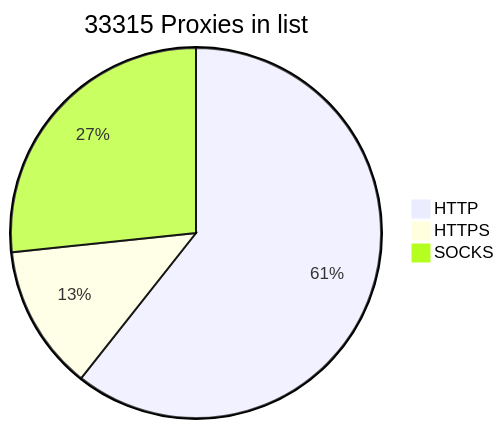
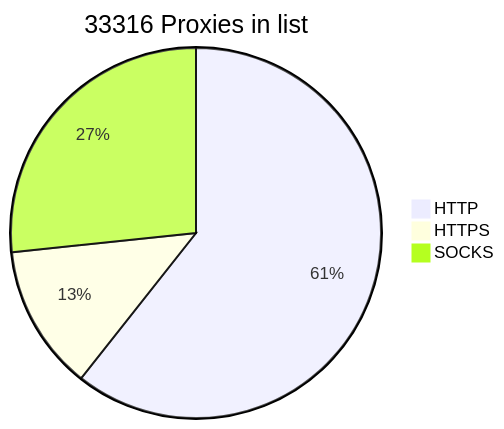
One commit to BlackSnowDot/proxylist-update-every-minute changed the diagram in README.md. Above: the diagram before and after it, drawn with Mermaid.

````diff
--- a/README.md
+++ b/README.md
@@ -2,6 +2,6 @@
 ```mermaid
-pie title 33315 Proxies in list
+pie title 33316 Proxies in list
     "HTTP" : 22363
-    "HTTPS": 4677
+    "HTTPS": 4678
     "SOCKS" : 9834
 ```
````
